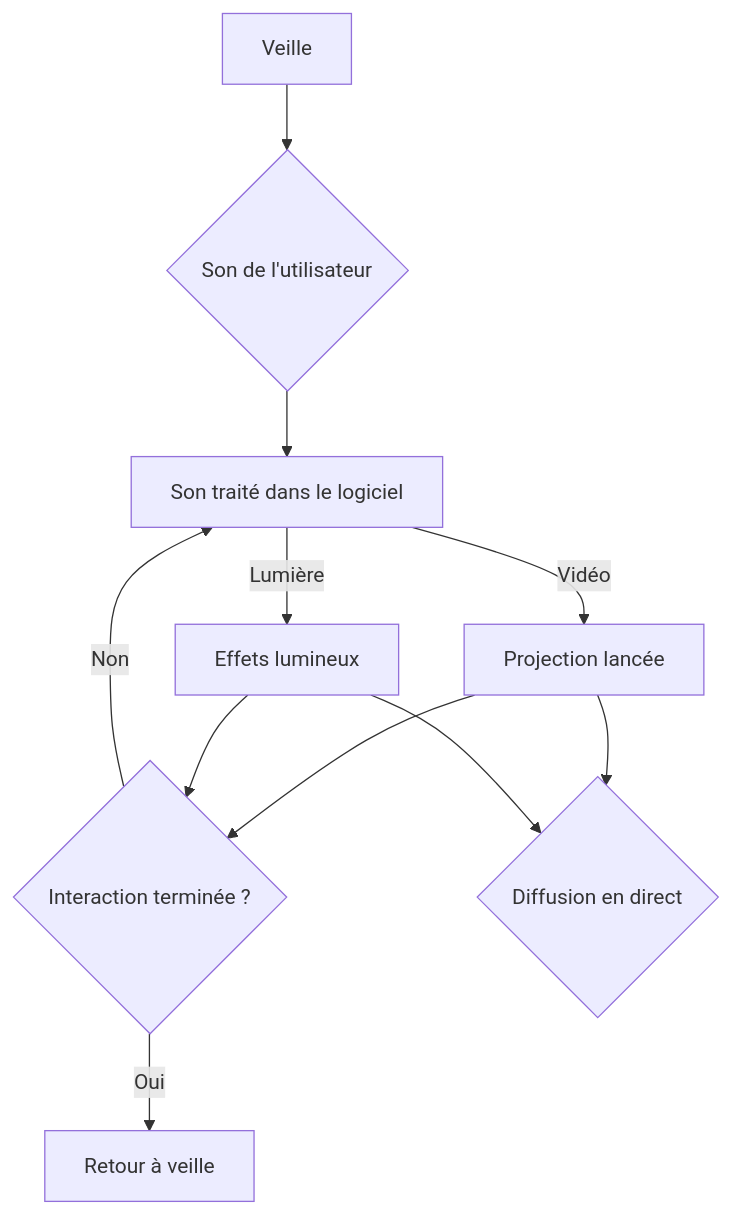
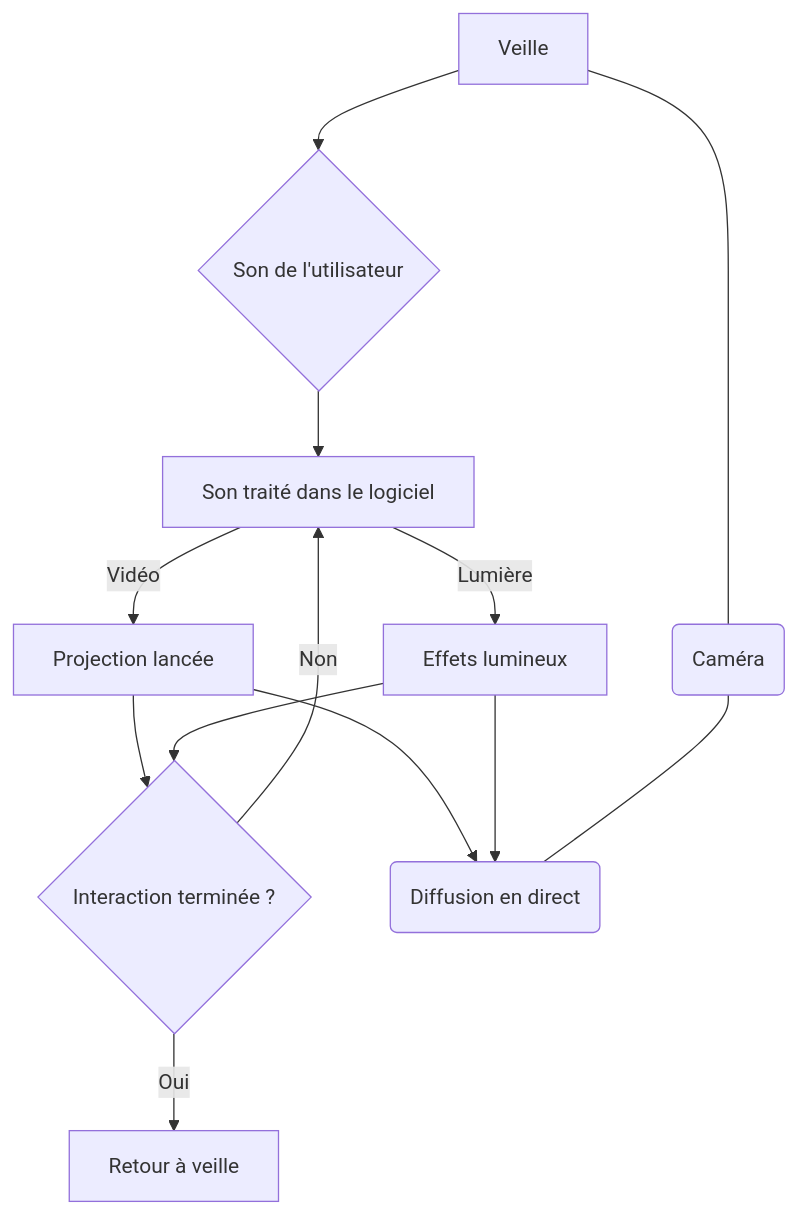
One commit to MatisLabelle/eval_2_planification changed the diagram in README.md. Above: the diagram before and after it, drawn with Mermaid.

`````diff
--- a/README.md
+++ b/README.md
@@ -15,20 +15,24 @@
 ````mermaid
 graph TD;
 
     A[Veille] --> B{Son de l'utilisateur};
     B --> C;
     C[Son traité dans le logiciel];
     C -->|Vidéo| E[Projection lancée];
     C -->|Lumière| F[Effets lumineux];
 
     E --> H{Interaction terminée ?};
     F --> H;
 
 
-     E --> n2{Diffusion en direct};
+     E --> n2;
     F --> n2;
 
 
     H -->|Oui| I[Retour à veille];
     H -->|Non| C;
+    n2("Diffusion en direct")
+	C
+	A --- n1("Caméra");
+    n1 --- n2;
 ````
`````
